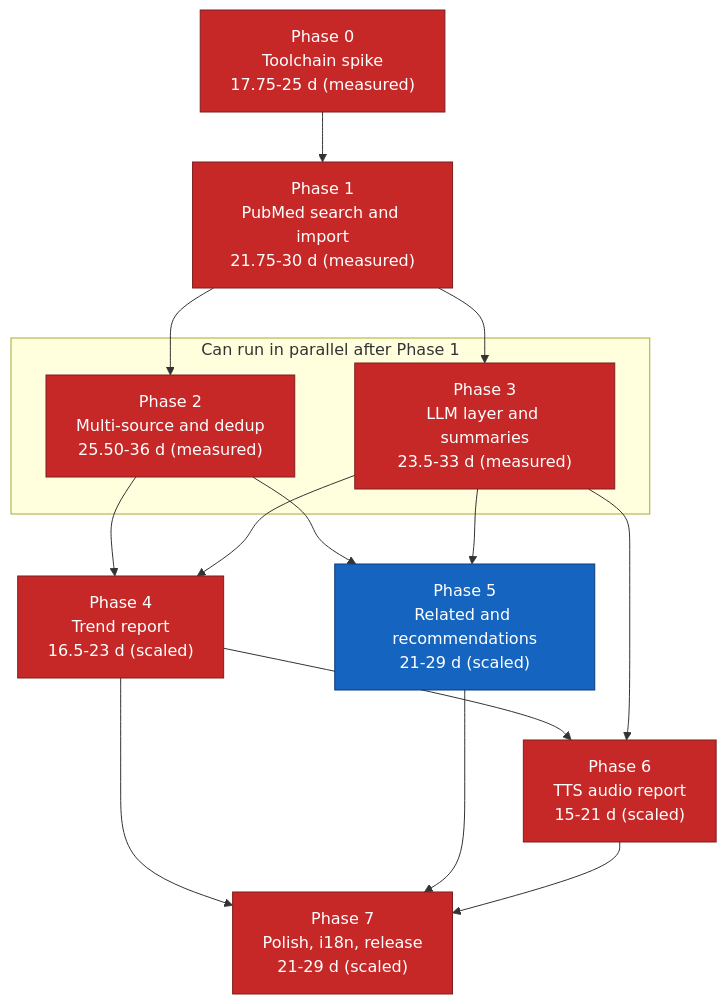
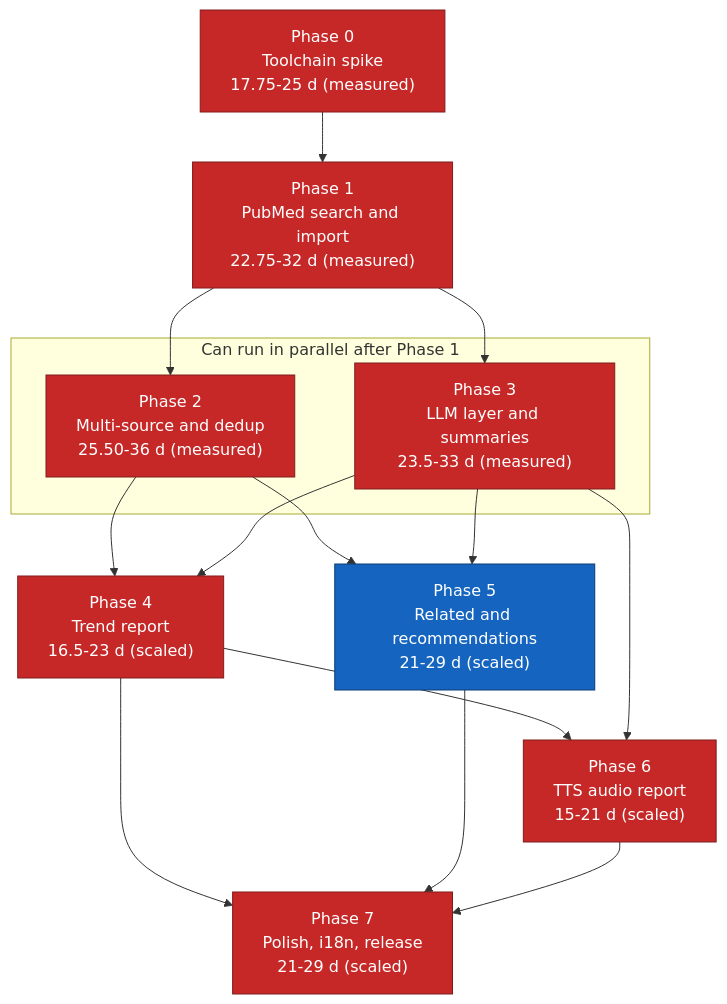
The diagram in docs/11-implementation-roadmap.md (suppakoko/research_helper), drawn with Mermaid before and after one commit. The commit also changed other lines of this file and 2 other files, not shown here.

````diff
--- a/docs/11-implementation-roadmap.md
+++ b/docs/11-implementation-roadmap.md
@@ -326,34 +326,34 @@
 ```mermaid
 graph TD
     P0["Phase 0<br/>Toolchain spike<br/>17.75-25 d (measured)"]
-    P1["Phase 1<br/>PubMed search and import<br/>21.75-30 d (measured)"]
+    P1["Phase 1<br/>PubMed search and import<br/>22.75-32 d (measured)"]
     P2["Phase 2<br/>Multi-source and dedup<br/>25.50-36 d (measured)"]
     P3["Phase 3<br/>LLM layer and summaries<br/>23.5-33 d (measured)"]
     P4["Phase 4<br/>Trend report<br/>16.5-23 d (scaled)"]
     P5["Phase 5<br/>Related and recommendations<br/>21-29 d (scaled)"]
     P6["Phase 6<br/>TTS audio report<br/>15-21 d (scaled)"]
     P7["Phase 7<br/>Polish, i18n, release<br/>21-29 d (scaled)"]
 
     P0 --> P1
     P1 --> P2
     P1 --> P3
     P2 --> P4
     P3 --> P4
     P2 --> P5
     P3 --> P5
     P4 --> P6
     P3 --> P6
     P4 --> P7
     P5 --> P7
     P6 --> P7
 
     subgraph parallel["Can run in parallel after Phase 1"]
         P2
         P3
     end
 
     classDef critical fill:#c62828,stroke:#7f1d1d,color:#ffffff
     classDef normal fill:#1565c0,stroke:#0d3c73,color:#ffffff
     class P0,P1,P2,P3,P4,P6,P7 critical
     class P5 normal
 ```
````
